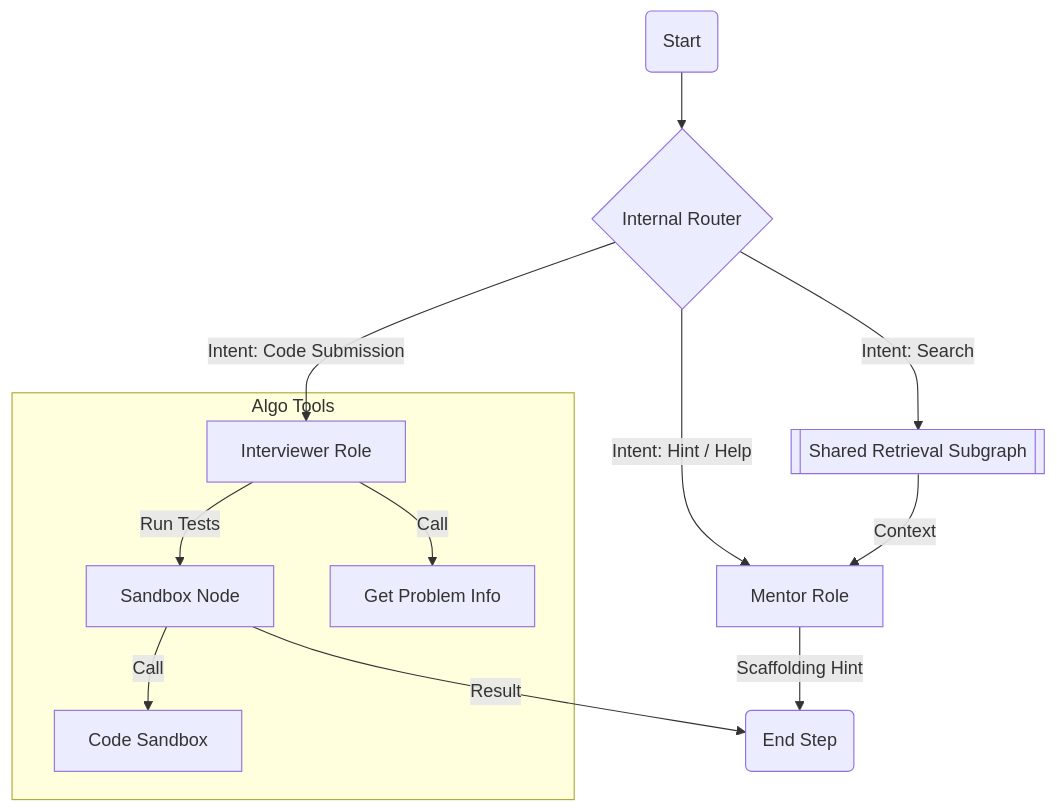
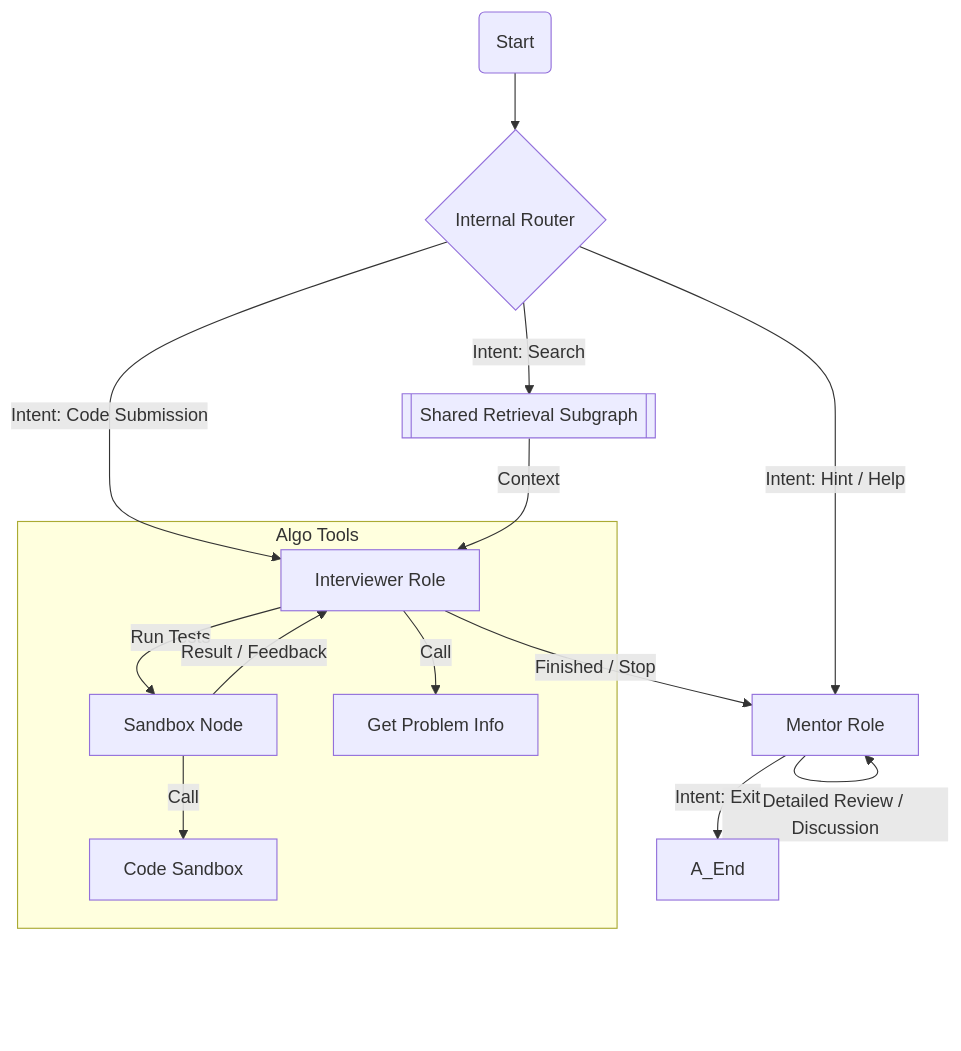
One commit to Lifelong-Learning-Assisttant/agent_service changed the fifth of 5 diagrams in docs/agent_documentation.md. Above: the diagram before and after it, drawn with Mermaid. The commit also changed other lines of this file, not shown here.

````diff
--- a/docs/agent_documentation.md
+++ b/docs/agent_documentation.md
@@ -143,19 +144,22 @@
 ```mermaid
 graph TD
     A_Start(Start) --> A_Router{Internal Router}
     
     A_Router --"Intent: Code Submission"--> A_Interviewer[Interviewer Role]
     A_Router --"Intent: Hint / Help"--> A_Mentor[Mentor Role]
     A_Router --"Intent: Search"--> A_Search[[Shared Retrieval Subgraph]]
     
     A_Interviewer --"Run Tests"--> A_Sandbox[Sandbox Node]
-    A_Sandbox --"Result"--> A_End(End Step)
+    A_Sandbox --"Result / Feedback"--> A_Interviewer
+    A_Interviewer --"Finished / Stop"--> A_Mentor[Mentor Role]
     
-    A_Mentor --"Scaffolding Hint"--> A_End
-    A_Search --"Context"--> A_Mentor
+    A_Mentor --"Detailed Review / Discussion"--> A_Mentor
+    A_Mentor --"Intent: Exit"--> A_End
+    
+    A_Search --"Context"--> A_Interviewer
     
     subgraph "Algo Tools"
         A_Interviewer --"Call"--> Tool_Problem[Get Problem Info]
         A_Sandbox --"Call"--> Tool_Exec[Code Sandbox]
     end
 ```
````
